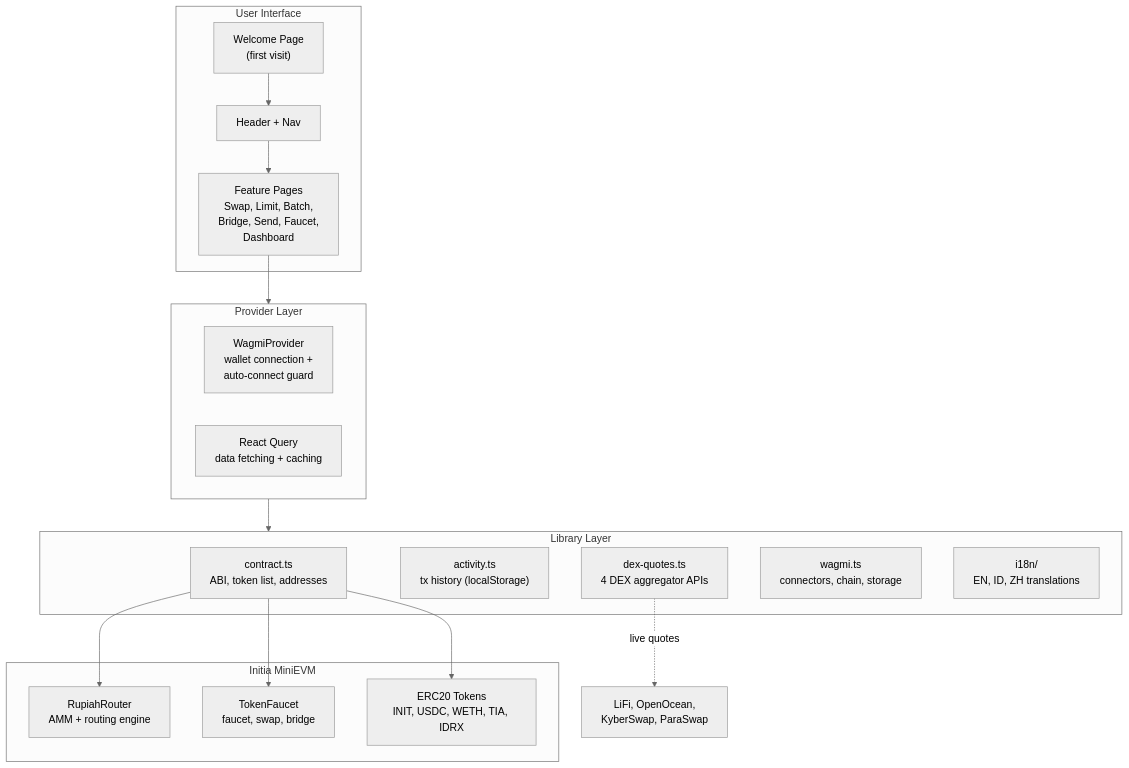
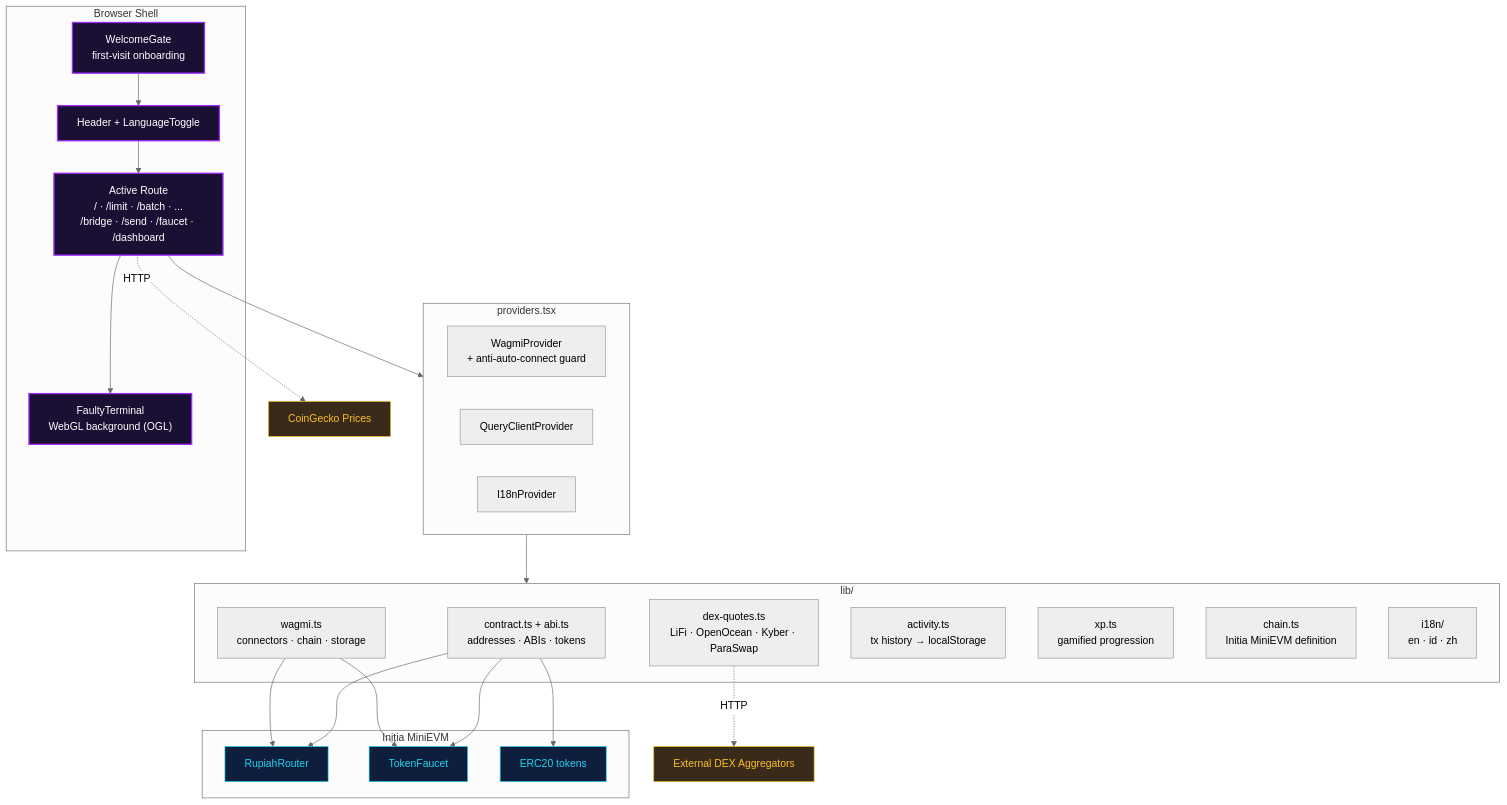
The first of 5 diagrams in fe_rupiahrote/README.md (EzraNahumury/initia), drawn with Mermaid (neutral theme) before and after one commit. The commit also changed other lines of this file and 4 other files, not shown here.

````diff
--- a/fe_rupiahrote/README.md
+++ b/fe_rupiahrote/README.md
@@ -32,36 +72,50 @@
 ```mermaid
 graph TB
-    subgraph UI["User Interface"]
-        Welcome["Welcome Page<br/>(first visit)"]
-        Header["Header + Nav"]
-        Pages["Feature Pages<br/>Swap, Limit, Batch,<br/>Bridge, Send, Faucet,<br/>Dashboard"]
+    subgraph Browser["Browser Shell"]
+        GATE["WelcomeGate<br/>first-visit onboarding"]
+        HDR["Header + LanguageToggle"]
+        PAGE["Active Route<br/>/ · /limit · /batch · ...<br/>/bridge · /send · /faucet · /dashboard"]
+        BG["FaultyTerminal<br/>WebGL background (OGL)"]
     end
 
-    subgraph Providers["Provider Layer"]
-        Wagmi["WagmiProvider<br/>wallet connection +<br/>auto-connect guard"]
-        RQ["React Query<br/>data fetching + caching"]
+    subgraph Providers["providers.tsx"]
+        WAG["WagmiProvider<br/>+ anti-auto-connect guard"]
+        TQ["QueryClientProvider"]
+        I18["I18nProvider"]
     end
 
-    subgraph Lib["Library Layer"]
-        Contract["contract.ts<br/>ABI, token list, addresses"]
-        Activity["activity.ts<br/>tx history (localStorage)"]
-        DexQuotes["dex-quotes.ts<br/>4 DEX aggregator APIs"]
-        WagmiConfig["wagmi.ts<br/>connectors, chain, storage"]
-        I18n["i18n/<br/>EN, ID, ZH translations"]
+    subgraph Lib["lib/"]
+        CT["contract.ts + abi.ts<br/>addresses · ABIs · tokens"]
+        WC["wagmi.ts<br/>connectors · chain · storage"]
+        DQ["dex-quotes.ts<br/>LiFi · OpenOcean · Kyber · ParaSwap"]
+        AC["activity.ts<br/>tx history → localStorage"]
+        XP["xp.ts<br/>gamified progression"]
+        CH["chain.ts<br/>Initia MiniEVM definition"]
+        I["i18n/<br/>en · id · zh"]
     end
 
     subgraph Chain["Initia MiniEVM"]
-        Router["RupiahRouter<br/>AMM + routing engine"]
-        Faucet["TokenFaucet<br/>faucet, swap, bridge"]
-        Tokens["ERC20 Tokens<br/>INIT, USDC, WETH, TIA, IDRX"]
+        RR["RupiahRouter"]
+        TF["TokenFaucet"]
+        ERC["ERC20 tokens"]
     end
 
-    Welcome --> Header
-    Header --> Pages
-    Pages --> Providers
+    GATE --> HDR --> PAGE --> BG
+    PAGE --> Providers
     Providers --> Lib
-    Contract --> Router
-    Contract --> Faucet
-    Contract --> Tokens
-    DexQuotes -.->|"live quotes"| ExtDEX["LiFi, OpenOcean,<br/>KyberSwap, ParaSwap"]
+    WC --> RR
+    WC --> TF
+    CT --> RR
+    CT --> TF
+    CT --> ERC
+
+    DQ -.->|HTTP| EXT[External DEX Aggregators]
+    PAGE -.->|HTTP| CG[CoinGecko Prices]
+
+    classDef shell fill:#1a1033,color:#fff,stroke:#9f29ff,stroke-width:2px
+    classDef chain fill:#0d1f3c,color:#22d3ee,stroke:#22d3ee
+    classDef ext fill:#3a2a1a,color:#fbbf24,stroke:#fbbf24
+    class GATE,HDR,PAGE,BG shell
+    class RR,TF,ERC chain
+    class EXT,CG ext
 ```
````
